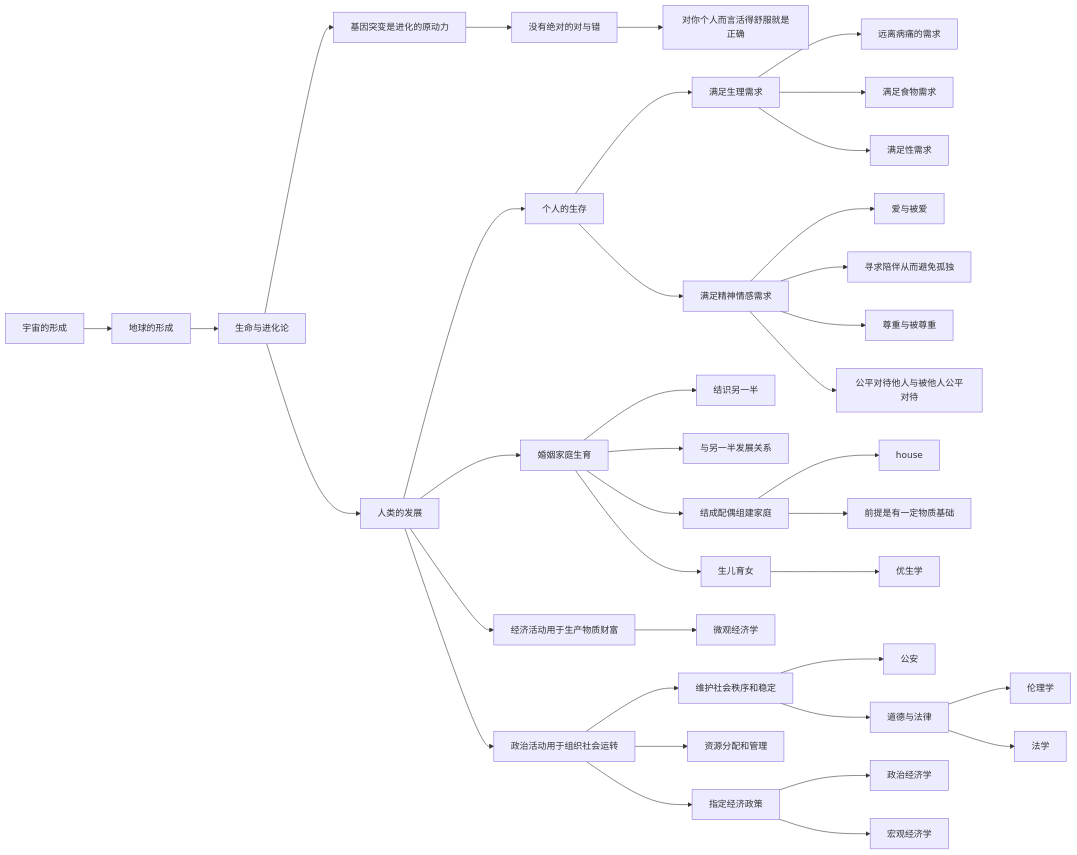
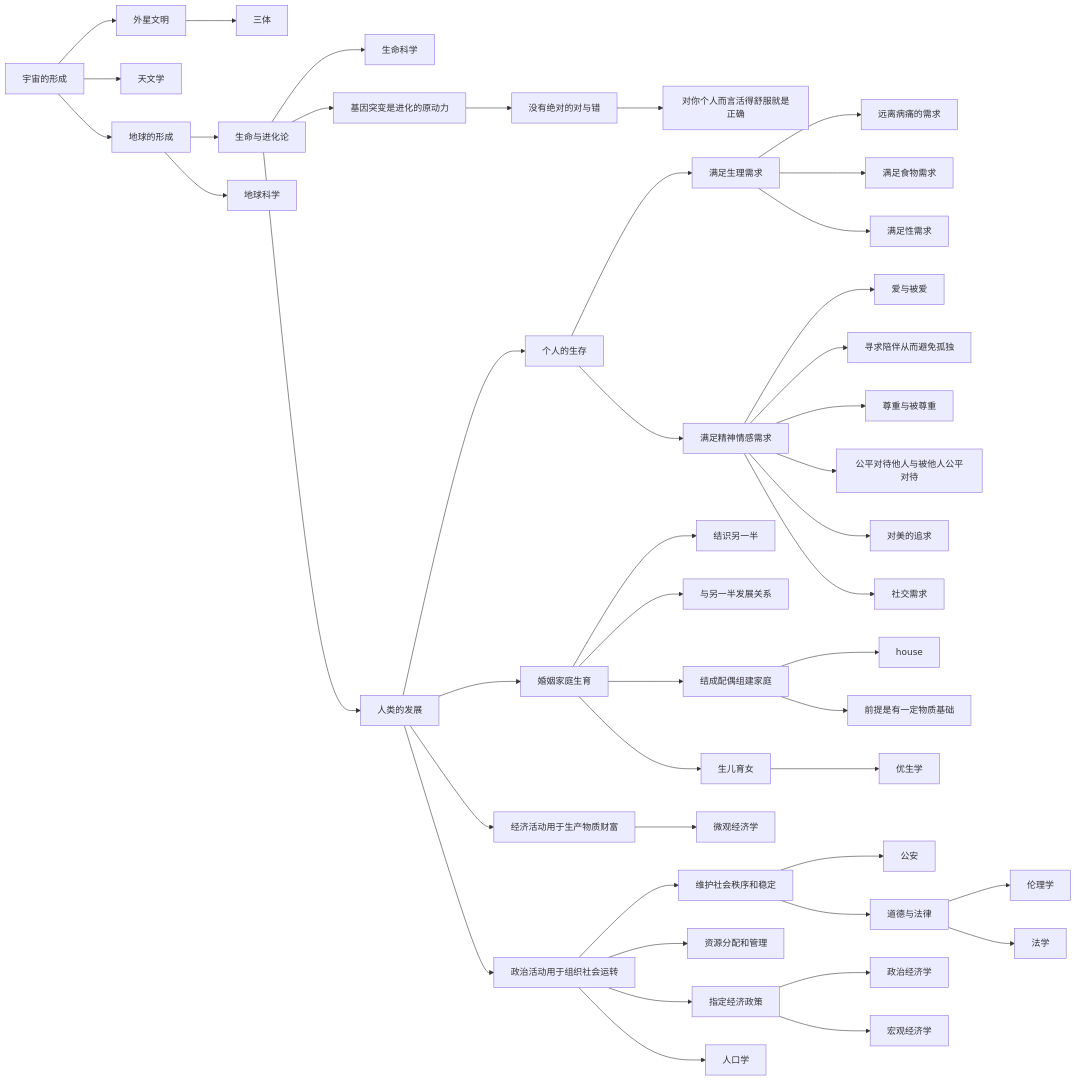
Before and after one commit to lizhenbang56/Papers: the diagram in 书摘/人类学与人口学/随笔.md, drawn with Mermaid. The commit also changed 10 other files, not shown here.

````diff
--- a/书摘/人类学与人口学/随笔.md
+++ b/书摘/人类学与人口学/随笔.md
@@ -7,39 +7,46 @@
 ```mermaid
 graph LR;
 宇宙的形成 --> 地球的形成;
+宇宙的形成 --> 天文学;
+宇宙的形成 --> 外星文明 --> 三体;
 地球的形成 --> 生命与进化论;
+地球的形成 --> 地球科学;
+生命与进化论 --> 生命科学;
 生命与进化论 --> 人类的发展;
 生命与进化论 --> 基因突变是进化的原动力;
 基因突变是进化的原动力 --> 没有绝对的对与错;
 没有绝对的对与错 --> 对你个人而言活得舒服就是正确;
 人类的发展 --> 个人的生存;
 个人的生存 --> 满足生理需求;
 满足生理需求 --> 远离病痛的需求;
 满足生理需求 --> 满足食物需求;
 满足生理需求 --> 满足性需求;
 个人的生存 --> 满足精神情感需求;
 满足精神情感需求 --> 爱与被爱;
 满足精神情感需求 --> 寻求陪伴从而避免孤独;
 满足精神情感需求 --> 尊重与被尊重;
 满足精神情感需求 --> 公平对待他人与被他人公平对待;
+满足精神情感需求 --> 对美的追求;
+满足精神情感需求 --> 社交需求;
 人类的发展 --> 婚姻家庭生育;
 婚姻家庭生育 --> 结识另一半;
 婚姻家庭生育 --> 与另一半发展关系;
 婚姻家庭生育 --> 结成配偶组建家庭;
 结成配偶组建家庭 --> house;
 结成配偶组建家庭 --> 前提是有一定物质基础;
 婚姻家庭生育 --> 生儿育女;
 生儿育女 --> 优生学;
 人类的发展 --> 经济活动用于生产物质财富;
 经济活动用于生产物质财富 --> 微观经济学;
 人类的发展 --> 政治活动用于组织社会运转;
 政治活动用于组织社会运转 --> 维护社会秩序和稳定;
 维护社会秩序和稳定 --> 公安;
 维护社会秩序和稳定 --> 道德与法律;
 道德与法律 --> 伦理学;
 道德与法律 --> 法学;
 政治活动用于组织社会运转 --> 资源分配和管理;
 政治活动用于组织社会运转 --> 指定经济政策;
+政治活动用于组织社会运转 --> 人口学;
 指定经济政策 --> 政治经济学;
 指定经济政策 --> 宏观经济学;
 ```
````
